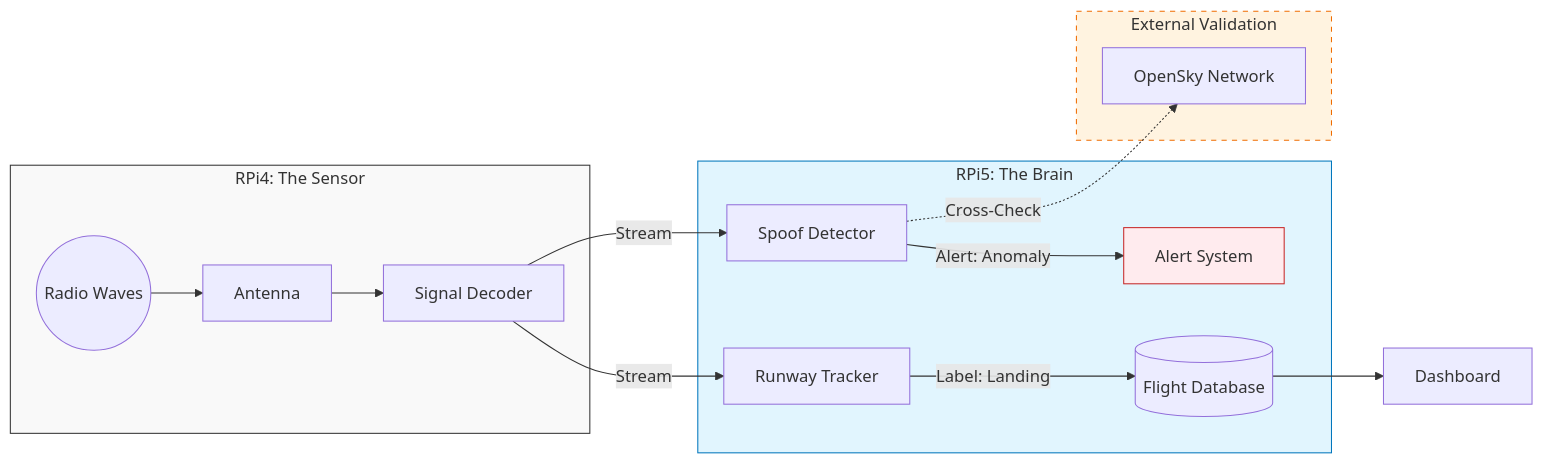
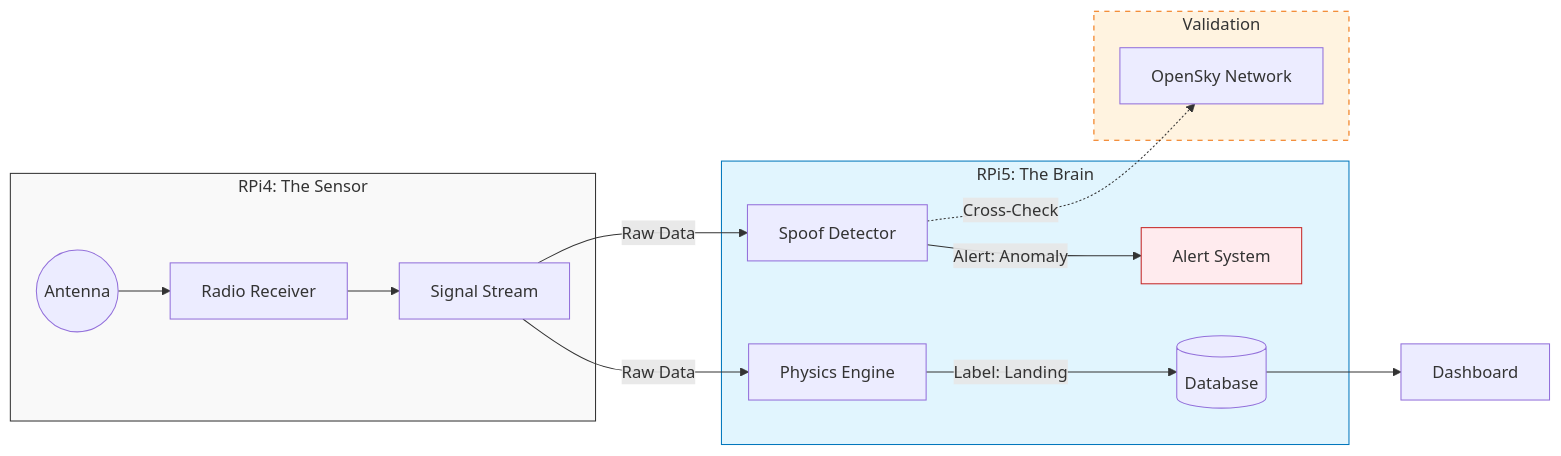
Before and after one commit to rwiren/central-brain: the diagram in README.md, drawn with Mermaid. The commit also changed other lines of this file, not shown here.

Commit message:
Docs: Removed specific work references and simplified diagram

````diff
--- a/README.md
+++ b/README.md
@@ -20,31 +20,31 @@
 ```mermaid
 graph LR
     %% 1. Sensing Layer
     subgraph SENSOR [RPi4: The Sensor]
-        WAVES((Radio Waves)) --> ANT[Antenna]
-        ANT --> DECODER[Signal Decoder]
+        ANT((Antenna)) --> SDR[Radio Receiver]
+        SDR --> DECODER[Signal Stream]
     end
 
     %% 2. Intelligence Layer
     subgraph BRAIN [RPi5: The Brain]
-        DECODER -->|Stream| PHYSICS[Runway Tracker]
-        DECODER -->|Stream| DETECT[Spoof Detector]
+        DECODER -->|Raw Data| PHYSICS[Physics Engine]
+        DECODER -->|Raw Data| DETECT[Spoof Detector]
         
-        PHYSICS -->|Label: Landing| DB[(Flight Database)]
+        PHYSICS -->|Label: Landing| DB[(Database)]
         DETECT -->|Alert: Anomaly| ALERT[Alert System]
     end
 
     %% 3. Validation Layer
-    subgraph CLOUD [External Validation]
+    subgraph CLOUD [Validation]
         DETECT -.->|Cross-Check| OPENSKY[OpenSky Network]
     end
 
     %% 4. Visualization
     DB --> DASH[Dashboard]
 
     %% Styling
     style SENSOR fill:#f9f9f9,stroke:#333
     style BRAIN fill:#e1f5fe,stroke:#0277bd
     style CLOUD fill:#fff3e0,stroke:#ef6c00,stroke-dasharray: 5 5
     style ALERT fill:#ffebee,stroke:#c62828
 ```
````
